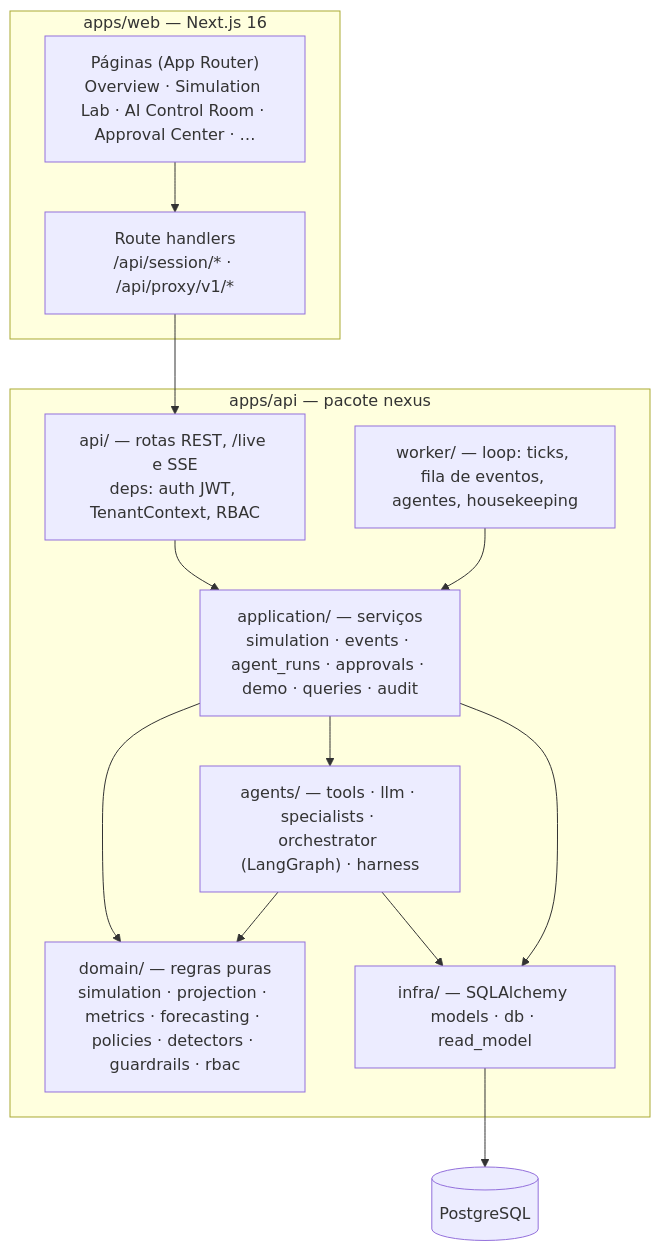
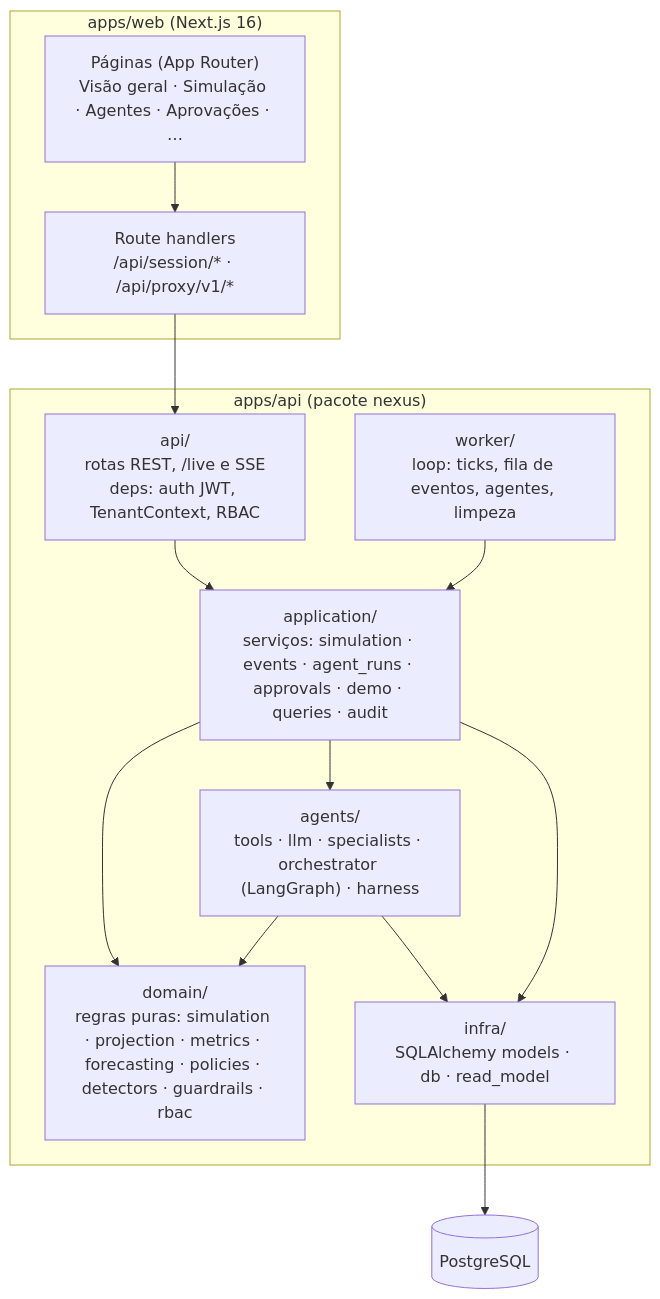
One commit to tcigualchi/restaurantia-nexus changed the first of 2 diagrams in docs/architecture/overview.md. Above: the diagram before and after it, drawn with Mermaid. The commit also changed other lines of this file and 79 other files, not shown here.

````diff
--- a/docs/architecture/overview.md
+++ b/docs/architecture/overview.md
@@ -8,21 +8,21 @@
 ```mermaid
 flowchart TB
-  subgraph web["apps/web — Next.js 16"]
-    pages["Páginas (App Router)<br/>Overview · Simulation Lab · AI Control Room · Approval Center · …"]
+  subgraph web["apps/web (Next.js 16)"]
+    pages["Páginas (App Router)<br/>Visão geral · Simulação · Agentes · Aprovações · …"]
     bff["Route handlers<br/>/api/session/* · /api/proxy/v1/*"]
   end
-  subgraph api["apps/api — pacote nexus"]
-    routes["api/ — rotas REST, /live e SSE<br/>deps: auth JWT, TenantContext, RBAC"]
-    app["application/ — serviços<br/>simulation · events · agent_runs · approvals · demo · queries · audit"]
-    domain["domain/ — regras puras<br/>simulation · projection · metrics · forecasting · policies · detectors · guardrails · rbac"]
-    agents["agents/ — tools · llm · specialists · orchestrator (LangGraph) · harness"]
-    infra["infra/ — SQLAlchemy models · db · read_model"]
-    worker["worker/ — loop: ticks, fila de eventos, agentes, housekeeping"]
+  subgraph api["apps/api (pacote nexus)"]
+    routes["api/<br/>rotas REST, /live e SSE<br/>deps: auth JWT, TenantContext, RBAC"]
+    app["application/<br/>serviços: simulation · events · agent_runs · approvals · demo · queries · audit"]
+    domain["domain/<br/>regras puras: simulation · projection · metrics · forecasting · policies · detectors · guardrails · rbac"]
+    agents["agents/<br/>tools · llm · specialists · orchestrator (LangGraph) · harness"]
+    infra["infra/<br/>SQLAlchemy models · db · read_model"]
+    worker["worker/<br/>loop: ticks, fila de eventos, agentes, limpeza"]
   end
   db[(PostgreSQL)]
   pages --> bff --> routes --> app --> domain
   app --> agents --> domain
   app --> infra --> db
   agents --> infra
   worker --> app
 ```
````
